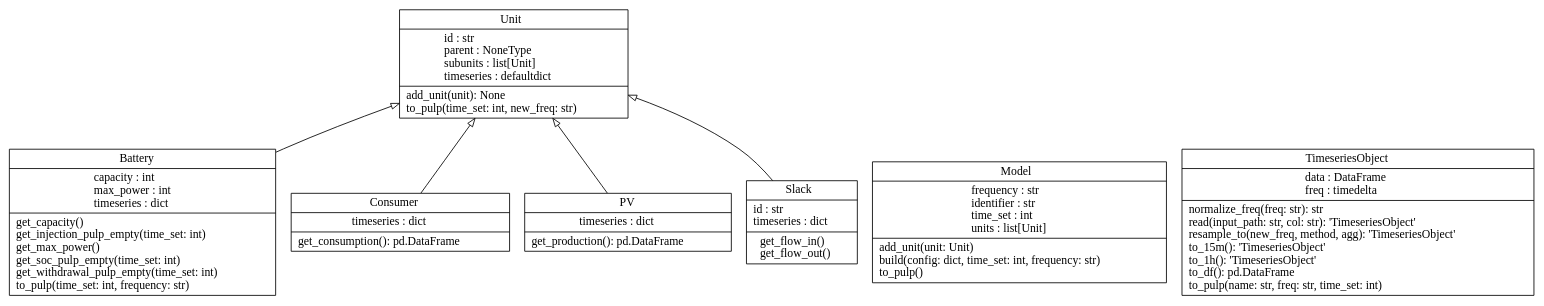
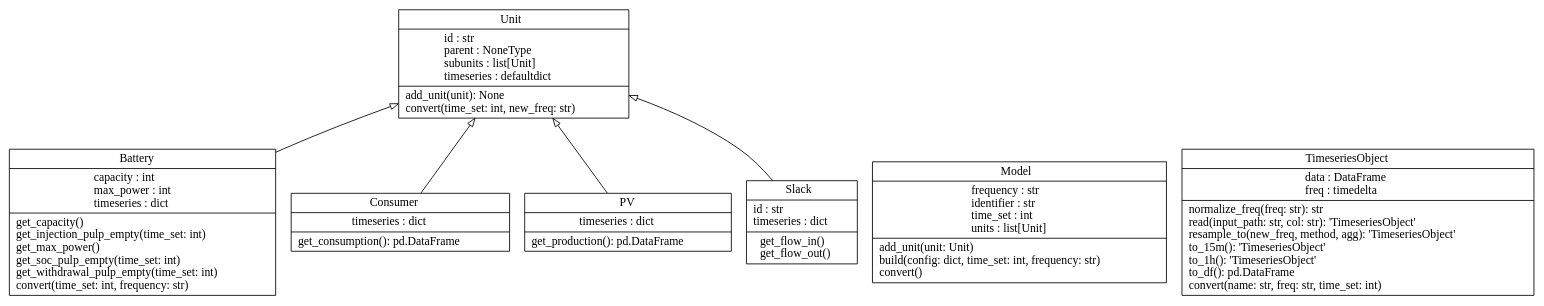
Before and after one commit to ntatrishvili/Omnes: the diagram in docs/classes_ProjectName.dot, drawn with Graphviz. The commit also changed 13 other files, not shown here.

```diff
--- a/docs/classes_ProjectName.dot
+++ b/docs/classes_ProjectName.dot
@@ -1,15 +1,15 @@
 digraph "classes_ProjectName" {
 rankdir=BT
 charset="utf-8"
-"app.model.battery.Battery" [color="black", fontcolor="black", label=<{Battery|capacity : int<br ALIGN="LEFT"/>max_power : int<br ALIGN="LEFT"/>timeseries : dict<br ALIGN="LEFT"/>|get_capacity()<br ALIGN="LEFT"/>get_injection_pulp_empty(time_set: int)<br ALIGN="LEFT"/>get_max_power()<br ALIGN="LEFT"/>get_soc_pulp_empty(time_set: int)<br ALIGN="LEFT"/>get_withdrawal_pulp_empty(time_set: int)<br ALIGN="LEFT"/>to_pulp(time_set: int, frequency: str)<br ALIGN="LEFT"/>}>, shape="record", style="solid"];
+"app.model.battery.Battery" [color="black", fontcolor="black", label=<{Battery|capacity : int<br ALIGN="LEFT"/>max_power : int<br ALIGN="LEFT"/>timeseries : dict<br ALIGN="LEFT"/>|get_capacity()<br ALIGN="LEFT"/>get_injection_pulp_empty(time_set: int)<br ALIGN="LEFT"/>get_max_power()<br ALIGN="LEFT"/>get_soc_pulp_empty(time_set: int)<br ALIGN="LEFT"/>get_withdrawal_pulp_empty(time_set: int)<br ALIGN="LEFT"/>convert(time_set: int, frequency: str)<br ALIGN="LEFT"/>}>, shape="record", style="solid"];
 "app.model.consumer.Consumer" [color="black", fontcolor="black", label=<{Consumer|timeseries : dict<br ALIGN="LEFT"/>|get_consumption(): pd.DataFrame<br ALIGN="LEFT"/>}>, shape="record", style="solid"];
-"app.model.model.Model" [color="black", fontcolor="black", label=<{Model|frequency : str<br ALIGN="LEFT"/>identifier : str<br ALIGN="LEFT"/>time_set : int<br ALIGN="LEFT"/>units : list[Unit]<br ALIGN="LEFT"/>|add_unit(unit: Unit)<br ALIGN="LEFT"/>build(config: dict, time_set: int, frequency: str)<br ALIGN="LEFT"/>to_pulp()<br ALIGN="LEFT"/>}>, shape="record", style="solid"];
+"app.model.model.Model" [color="black", fontcolor="black", label=<{Model|frequency : str<br ALIGN="LEFT"/>identifier : str<br ALIGN="LEFT"/>time_set : int<br ALIGN="LEFT"/>units : list[Unit]<br ALIGN="LEFT"/>|add_unit(unit: Unit)<br ALIGN="LEFT"/>build(config: dict, time_set: int, frequency: str)<br ALIGN="LEFT"/>convert()<br ALIGN="LEFT"/>}>, shape="record", style="solid"];
 "app.model.pv.PV" [color="black", fontcolor="black", label=<{PV|timeseries : dict<br ALIGN="LEFT"/>|get_production(): pd.DataFrame<br ALIGN="LEFT"/>}>, shape="record", style="solid"];
 "app.model.slack.Slack" [color="black", fontcolor="black", label=<{Slack|id : str<br ALIGN="LEFT"/>timeseries : dict<br ALIGN="LEFT"/>|get_flow_in()<br ALIGN="LEFT"/>get_flow_out()<br ALIGN="LEFT"/>}>, shape="record", style="solid"];
-"app.model.timeseries_object.TimeseriesObject" [color="black", fontcolor="black", label=<{TimeseriesObject|data : DataFrame<br ALIGN="LEFT"/>freq : timedelta<br ALIGN="LEFT"/>|normalize_freq(freq: str): str<br ALIGN="LEFT"/>read(input_path: str, col: str): 'TimeseriesObject'<br ALIGN="LEFT"/>resample_to(new_freq, method, agg): 'TimeseriesObject'<br ALIGN="LEFT"/>to_15m(): 'TimeseriesObject'<br ALIGN="LEFT"/>to_1h(): 'TimeseriesObject'<br ALIGN="LEFT"/>to_df(): pd.DataFrame<br ALIGN="LEFT"/>to_pulp(name: str, freq: str, time_set: int)<br ALIGN="LEFT"/>}>, shape="record", style="solid"];
-"app.model.unit.Unit" [color="black", fontcolor="black", label=<{Unit|id : str<br ALIGN="LEFT"/>parent : NoneType<br ALIGN="LEFT"/>subunits : list[Unit]<br ALIGN="LEFT"/>timeseries : defaultdict<br ALIGN="LEFT"/>|add_unit(unit): None<br ALIGN="LEFT"/>to_pulp(time_set: int, new_freq: str)<br ALIGN="LEFT"/>}>, shape="record", style="solid"];
+"app.model.timeseries_object.TimeseriesObject" [color="black", fontcolor="black", label=<{TimeseriesObject|data : DataFrame<br ALIGN="LEFT"/>freq : timedelta<br ALIGN="LEFT"/>|normalize_freq(freq: str): str<br ALIGN="LEFT"/>read(input_path: str, col: str): 'TimeseriesObject'<br ALIGN="LEFT"/>resample_to(new_freq, method, agg): 'TimeseriesObject'<br ALIGN="LEFT"/>to_15m(): 'TimeseriesObject'<br ALIGN="LEFT"/>to_1h(): 'TimeseriesObject'<br ALIGN="LEFT"/>to_df(): pd.DataFrame<br ALIGN="LEFT"/>convert(name: str, freq: str, time_set: int)<br ALIGN="LEFT"/>}>, shape="record", style="solid"];
+"app.model.unit.Unit" [color="black", fontcolor="black", label=<{Unit|id : str<br ALIGN="LEFT"/>parent : NoneType<br ALIGN="LEFT"/>subunits : list[Unit]<br ALIGN="LEFT"/>timeseries : defaultdict<br ALIGN="LEFT"/>|add_unit(unit): None<br ALIGN="LEFT"/>convert(time_set: int, new_freq: str)<br ALIGN="LEFT"/>}>, shape="record", style="solid"];
 "app.model.battery.Battery" -> "app.model.unit.Unit" [arrowhead="empty", arrowtail="none"];
 "app.model.consumer.Consumer" -> "app.model.unit.Unit" [arrowhead="empty", arrowtail="none"];
 "app.model.pv.PV" -> "app.model.unit.Unit" [arrowhead="empty", arrowtail="none"];
 "app.model.slack.Slack" -> "app.model.unit.Unit" [arrowhead="empty", arrowtail="none"];
 }
```
